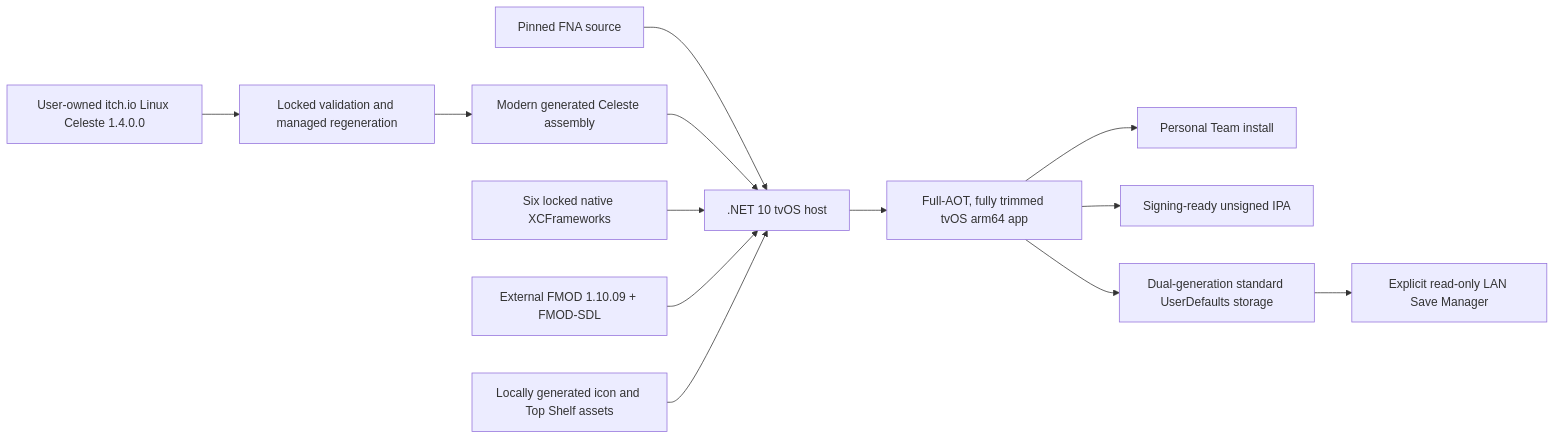
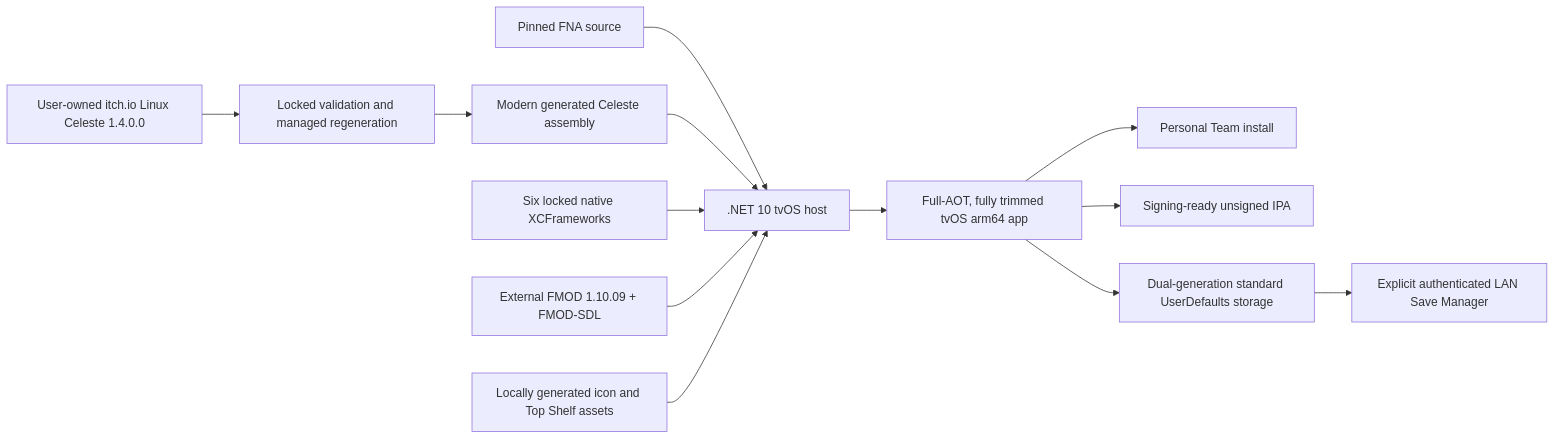
One commit to hmcneill46/celeste-ios changed the diagram in docs/STATUS.md. Above: the diagram before and after it, drawn with Mermaid. The commit also changed other lines of this file and 1 other file, not shown here.

Commit message:
docs: update writable Save Manager status

````diff
--- a/docs/STATUS.md
+++ b/docs/STATUS.md
@@ -31,15 +31,15 @@
 ```mermaid
 flowchart LR
     U["User-owned itch.io Linux Celeste 1.4.0.0"] --> G["Locked validation and managed regeneration"]
     G --> C["Modern generated Celeste assembly"]
     F["Pinned FNA source"] --> H[".NET 10 tvOS host"]
     C --> H
     N["Six locked native XCFrameworks"] --> H
     M["External FMOD 1.10.09 + FMOD-SDL"] --> H
     A["Locally generated icon and Top Shelf assets"] --> H
     H --> P["Full-AOT, fully trimmed tvOS arm64 app"]
     P --> D["Personal Team install"]
     P --> I["Signing-ready unsigned IPA"]
     P --> S["Dual-generation standard UserDefaults storage"]
-    S --> W["Explicit read-only LAN Save Manager"]
+    S --> W["Explicit authenticated LAN Save Manager"]
 ```
````
